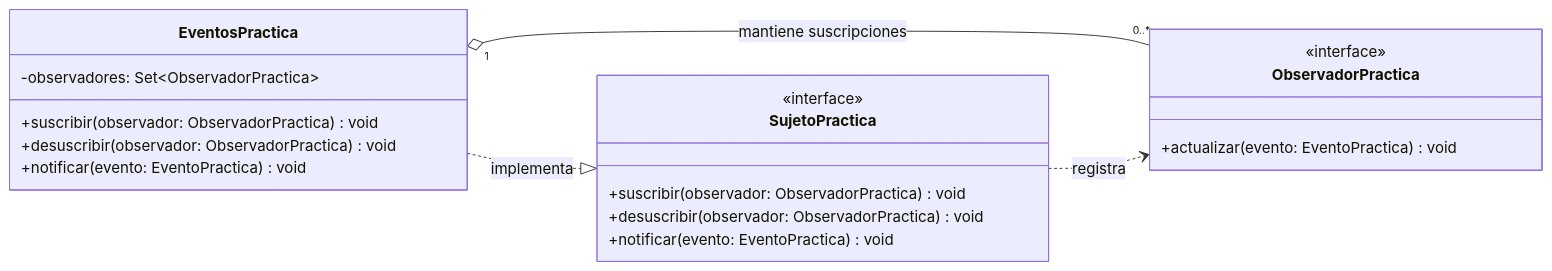
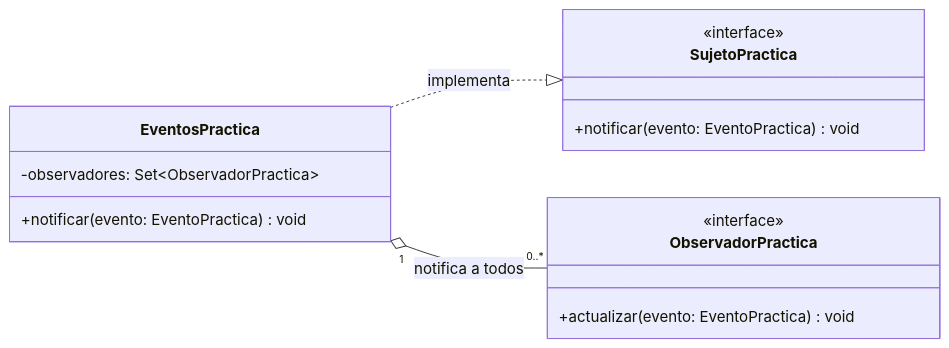
Before and after one commit to puj-course/FIS_2630_1204_G4: the second of 4 diagrams in docs/diagramas/PatronesObserverFacade.md, drawn with Mermaid. The commit also changed other lines of this file, not shown here.

Commit message:
📝 docs(frontend): aclarar notificación de observadores en el diagrama

````diff
--- a/docs/diagramas/PatronesObserverFacade.md
+++ b/docs/diagramas/PatronesObserverFacade.md
@@ -30,27 +31,22 @@
 ```mermaid
 classDiagram
     direction LR
 
     class SujetoPractica {
         <<interface>>
-        +suscribir(observador: ObservadorPractica) void
-        +desuscribir(observador: ObservadorPractica) void
         +notificar(evento: EventoPractica) void
     }
 
     class ObservadorPractica {
         <<interface>>
         +actualizar(evento: EventoPractica) void
     }
 
     class EventosPractica {
         -observadores: Set~ObservadorPractica~
-        +suscribir(observador: ObservadorPractica) void
-        +desuscribir(observador: ObservadorPractica) void
         +notificar(evento: EventoPractica) void
     }
 
     EventosPractica ..|> SujetoPractica : implementa
-    EventosPractica "1" o-- "0..*" ObservadorPractica : mantiene suscripciones
-    SujetoPractica ..> ObservadorPractica : registra
+    EventosPractica "1" o-- "0..*" ObservadorPractica : notifica a todos
 ```
````
